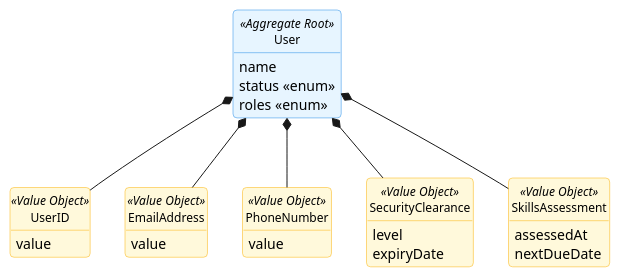
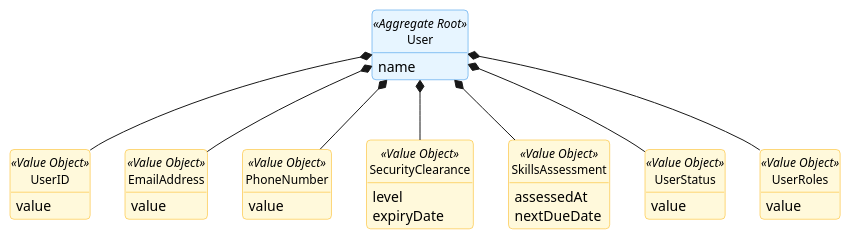
Before and after one commit to GustavoFerreira24/flight-management-platform: the diagram in docs/global-artifacts/02.analysis/puml/Aggregates/UserAggregate.puml, drawn with PlantUML. The commit also changed 15 other files, not shown here.

```diff
--- a/docs/global-artifacts/02.analysis/puml/Aggregates/UserAggregate.puml
+++ b/docs/global-artifacts/02.analysis/puml/Aggregates/UserAggregate.puml
@@ -1,59 +1,67 @@
 @startuml
 skinparam {
     BackgroundColor white
     RoundCorner 8
     Shadowing false
     Handwritten false
     ClassAttributeIconSize 0
 
     ClassBackgroundColor white
     ClassBorderColor #495057
     ClassFontSize 12
 
     ClassBackgroundColor<<Aggregate Root>> #E7F5FF
     ClassBorderColor<<Aggregate Root>> #228BE6
 
     ClassBackgroundColor<<Value Object>> #FFF9DB
     ClassBorderColor<<Value Object>> #FAB005
 
     ClassBackgroundColor<<Entity>> #F3F0FF
     ClassBorderColor<<Entity>> #7950F2
 }
 hide circle
 hide methods
 
 class User <<Aggregate Root>> {
-    name
-    status <<enum>>
-    roles <<enum>>
-}
+           name
+    }
 
-class UserID <<Value Object>> {
+    class UserID <<Value Object>> {
         value
-}
+    }
 
-class EmailAddress <<Value Object>> {
-    value
-}
+    class EmailAddress <<Value Object>> {
+        value
+    }
 
-class PhoneNumber <<Value Object>> {
-    value
-}
+    class PhoneNumber <<Value Object>> {
+        value
+    }
 
-class SecurityClearance <<Value Object>> {
-    level
-    expiryDate
-}
+    class SecurityClearance <<Value Object>> {
+         level
+         expiryDate
+    }
 
-class SkillsAssessment <<Value Object>> {
-    assessedAt
-    nextDueDate
-}
+    class SkillsAssessment <<Value Object>> {
+          assessedAt
+          nextDueDate
+    }
 
-User *-- SecurityClearance
-User *-- SkillsAssessment
-User *-- EmailAddress
-User *-- PhoneNumber
-User *-- UserID
+    class UserStatus <<Value Object>> {
+        value
+    }
+
+    class UserRoles <<Value Object>> {
+        value
+    }
+
+    User *-- UserStatus
+    User *-- UserRoles
+    User *-- SecurityClearance
+    User *-- SkillsAssessment
+    User *-- EmailAddress
+    User *-- PhoneNumber
+    User *-- UserID
 
 @enduml
```
